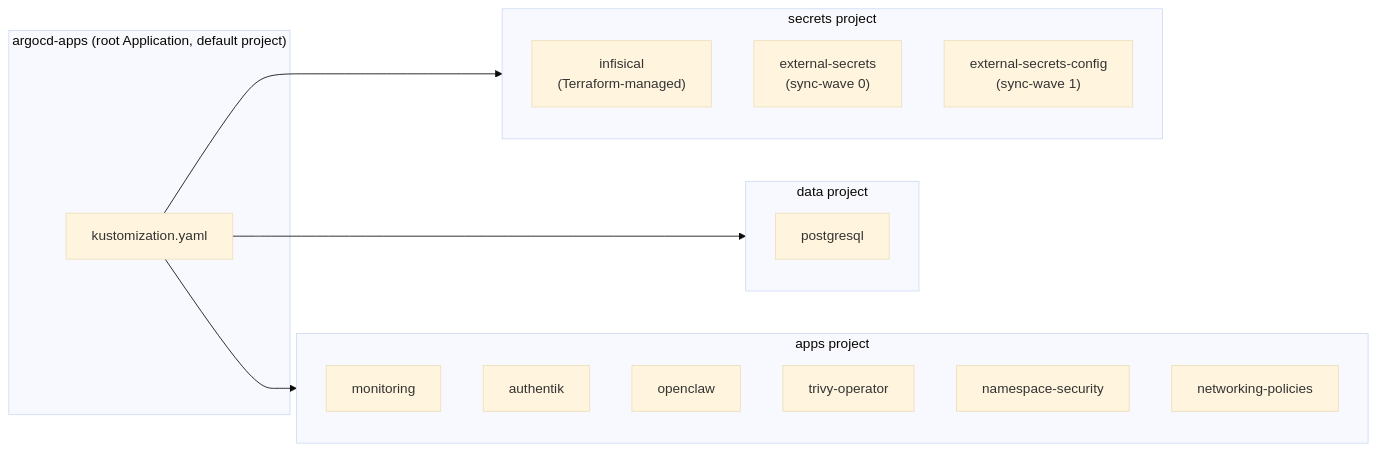
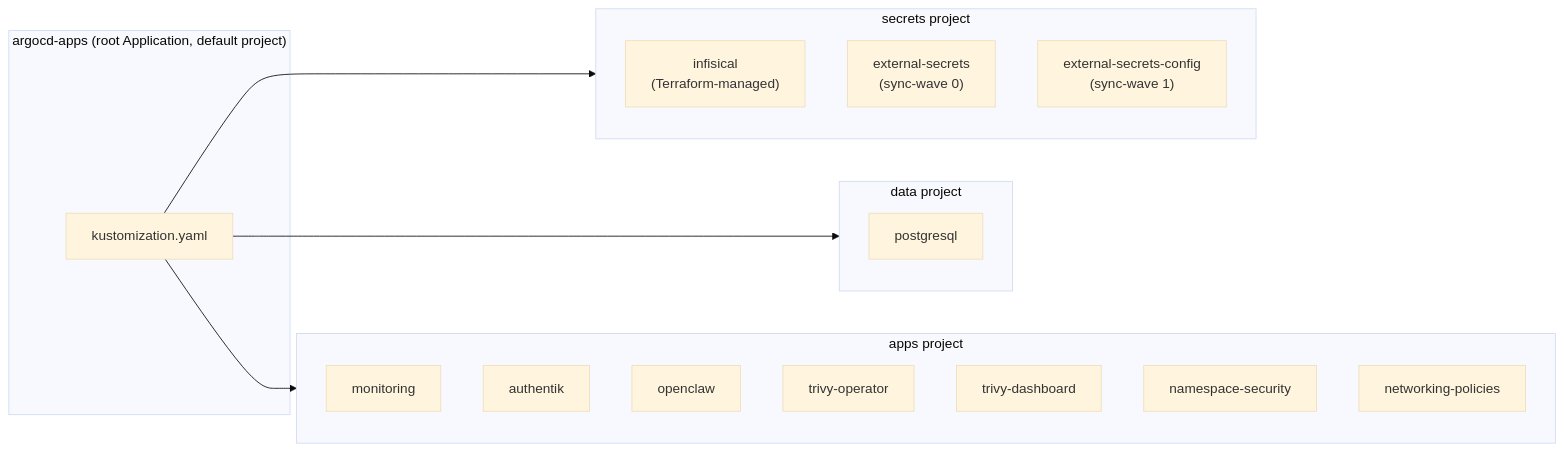
One commit to haingth77/homelab changed the second of 2 diagrams in k8s/apps/argocd/README.md. Above: the diagram before and after it, drawn with Mermaid (base theme). The commit also changed other lines of this file and 14 other files, not shown here.

First line of the commit message:
feat: deploy Trivy Operator Dashboard with Authentik portal bookmark (#71)

````diff
--- a/k8s/apps/argocd/README.md
+++ b/k8s/apps/argocd/README.md
@@ -68,29 +70,30 @@
 ```mermaid
 flowchart LR
     subgraph root["argocd-apps (root Application, default project)"]
         Kustomize["kustomization.yaml"]
     end
 
     subgraph secretsProj["secrets project"]
         Infisical["infisical\n(Terraform-managed)"]
         A1["external-secrets\n(sync-wave 0)"]
         A2["external-secrets-config\n(sync-wave 1)"]
     end
 
     subgraph dataProj["data project"]
         A3["postgresql"]
     end
 
     subgraph appsProj["apps project"]
         A5["monitoring"]
         A6["authentik"]
         A7["openclaw"]
         A8["trivy-operator"]
+        A11["trivy-dashboard"]
         A9["namespace-security"]
         A10["networking-policies"]
     end
 
     Kustomize --> secretsProj
     Kustomize --> dataProj
     Kustomize --> appsProj
 ```
````
